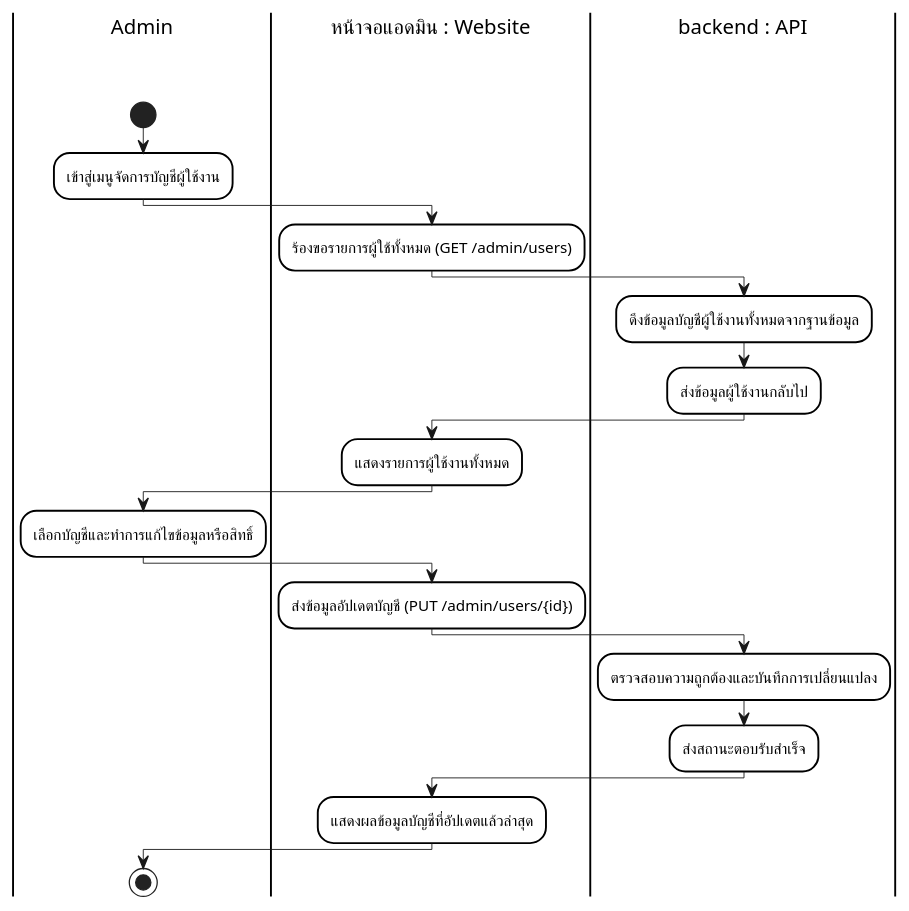
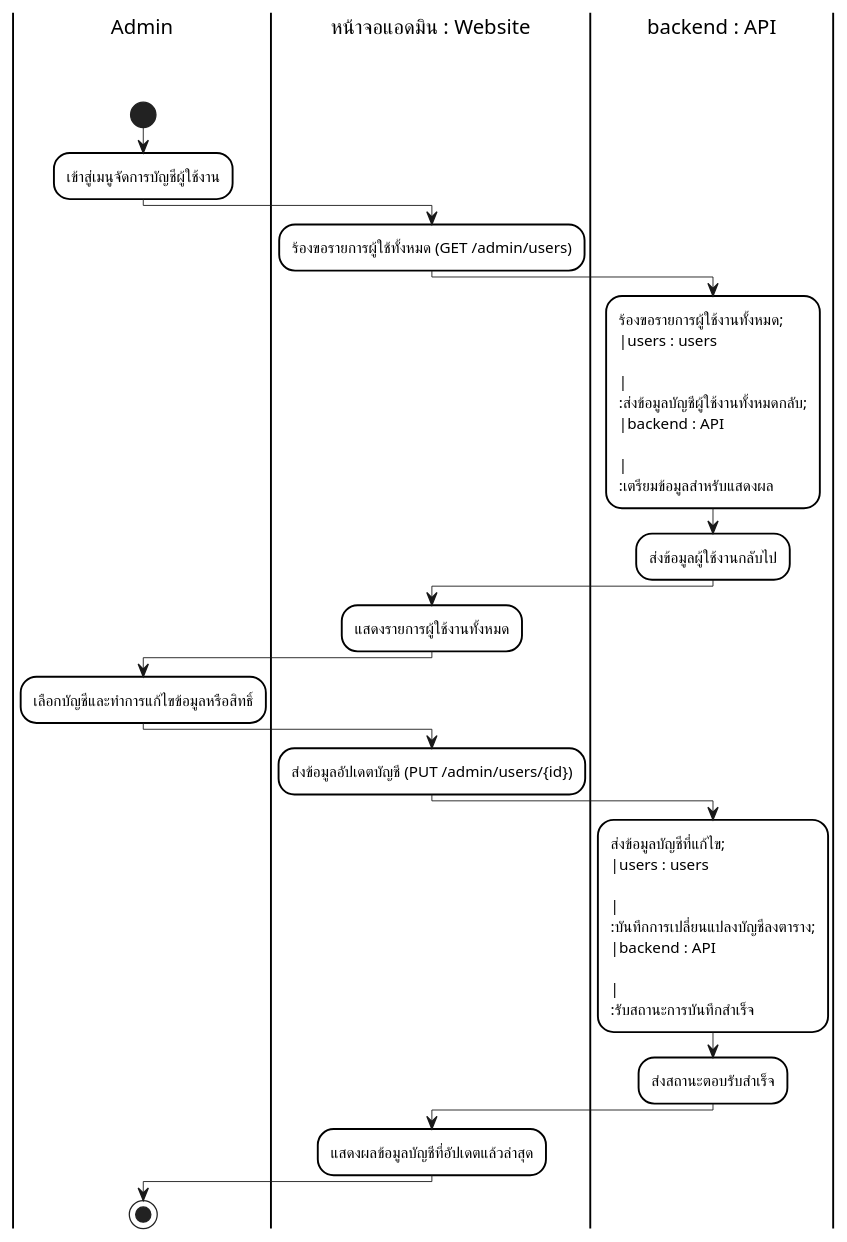
Diagram 13 of 15 in docs/diagrams/plantuml_source/plantuml_activity_diagrams.md (Anatta-at/my-portfolio-app), drawn with PlantUML before and after one commit. The commit also changed other lines of this file and 20 other files, not shown here.

Commit message:
docs: Update diagrams to use specific DB table swimlanes and participants based on new schema

````diff
--- a/docs/diagrams/plantuml_source/plantuml_activity_diagrams.md
+++ b/docs/diagrams/plantuml_source/plantuml_activity_diagrams.md
@@ -555,43 +555,43 @@
 ```plantuml
 @startuml
 skinparam monochrome true
 skinparam shadowing false
 skinparam backgroundcolor white
 skinparam ranksep 50
 
 skinparam SwimlaneBorderColor black
 skinparam SwimlaneBorderThickness 1.5
 skinparam SwimlaneBackgroundColor white
 skinparam SwimlaneTitleBackgroundColor white
 skinparam SwimlaneTitleFontColor black
 skinparam SwimlaneTitleFontSize 16
 skinparam SwimlaneTitleFontName Arial
 
 skinparam ActivityBackgroundColor white
 skinparam ActivityBorderColor black
 skinparam ActivityBorderThickness 1.5
 skinparam ArrowThickness 0.7
 
 |Admin\n\n|
 start
 :เข้าสู่เมนูจัดการบัญชีผู้ใช้งาน;
 |หน้าจอแอดมิน : Website\n\n|
 :ร้องขอรายการผู้ใช้ทั้งหมด (GET /admin/users);
 |backend : API\n\n|
-:ดึงข้อมูลบัญชีผู้ใช้งานทั้งหมดจากฐานข้อมูล;
+:ร้องขอรายการผู้ใช้งานทั้งหมด;\n|users : users\n\n|\n:ส่งข้อมูลบัญชีผู้ใช้งานทั้งหมดกลับ;\n|backend : API\n\n|\n:เตรียมข้อมูลสำหรับแสดงผล;
 :ส่งข้อมูลผู้ใช้งานกลับไป;
 |หน้าจอแอดมิน : Website\n\n|
 :แสดงรายการผู้ใช้งานทั้งหมด;
 |Admin\n\n|
 :เลือกบัญชีและทำการแก้ไขข้อมูลหรือสิทธิ์;
 |หน้าจอแอดมิน : Website\n\n|
 :ส่งข้อมูลอัปเดตบัญชี (PUT /admin/users/{id});
 |backend : API\n\n|
-:ตรวจสอบความถูกต้องและบันทึกการเปลี่ยนแปลง;
+:ส่งข้อมูลบัญชีที่แก้ไข;\n|users : users\n\n|\n:บันทึกการเปลี่ยนแปลงบัญชีลงตาราง;\n|backend : API\n\n|\n:รับสถานะการบันทึกสำเร็จ;
 :ส่งสถานะตอบรับสำเร็จ;
 |หน้าจอแอดมิน : Website\n\n|
 :แสดงผลข้อมูลบัญชีที่อัปเดตแล้วล่าสุด;
 |Admin\n\n|
 stop
 @enduml
 ```
````
